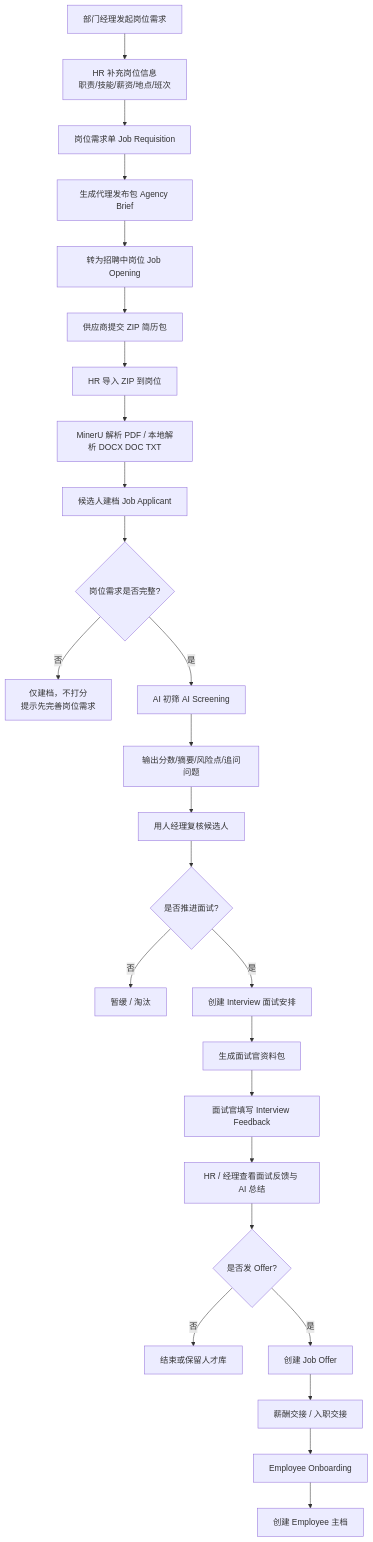
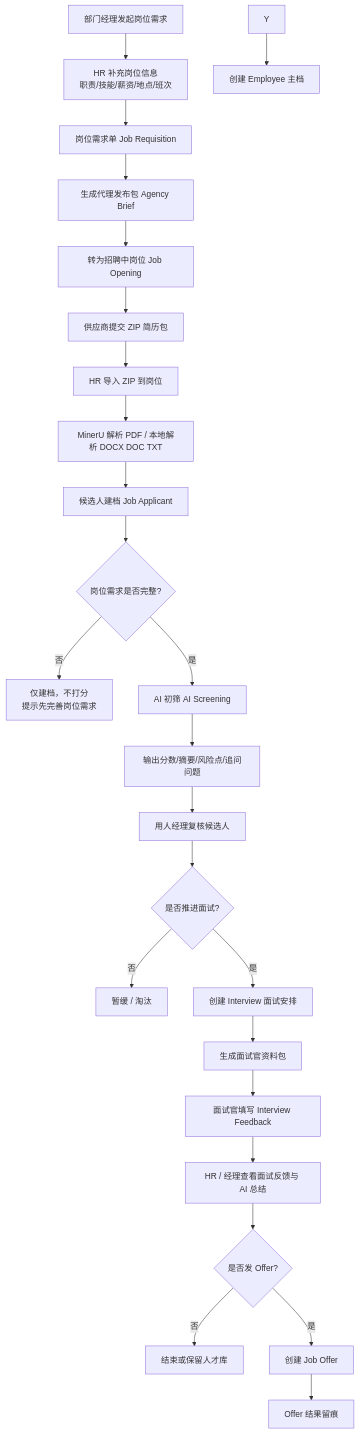
One commit to irisfeng/AiHR changed the diagram in docs/hr-roles-process-assessment.md. Above: the diagram before and after it, drawn with Mermaid. The commit also changed other lines of this file and 11 other files, not shown here.

````diff
--- a/docs/hr-roles-process-assessment.md
+++ b/docs/hr-roles-process-assessment.md
@@ -212,28 +213,27 @@
 ```mermaid
 flowchart TD
     A["部门经理发起岗位需求"] --> B["HR 补充岗位信息<br/>职责/技能/薪资/地点/班次"]
     B --> C["岗位需求单 Job Requisition"]
     C --> D["生成代理发布包 Agency Brief"]
     D --> E["转为招聘中岗位 Job Opening"]
     E --> F["供应商提交 ZIP 简历包"]
     F --> G["HR 导入 ZIP 到岗位"]
     G --> H["MinerU 解析 PDF / 本地解析 DOCX DOC TXT"]
     H --> I["候选人建档 Job Applicant"]
     I --> J{"岗位需求是否完整?"}
     J -- 否 --> K["仅建档，不打分<br/>提示先完善岗位需求"]
     J -- 是 --> L["AI 初筛 AI Screening"]
     L --> M["输出分数/摘要/风险点/追问问题"]
     M --> N["用人经理复核候选人"]
     N --> O{"是否推进面试?"}
     O -- 否 --> P["暂缓 / 淘汰"]
     O -- 是 --> Q["创建 Interview 面试安排"]
     Q --> R["生成面试官资料包"]
     R --> S["面试官填写 Interview Feedback"]
     S --> T["HR / 经理查看面试反馈与 AI 总结"]
     T --> U{"是否发 Offer?"}
     U -- 否 --> V["结束或保留人才库"]
     U -- 是 --> W["创建 Job Offer"]
-    W --> X["薪酬交接 / 入职交接"]
-    X --> Y["Employee Onboarding"]
+    W --> X["Offer 结果留痕"]
     Y --> Z["创建 Employee 主档"]
 ```
````
